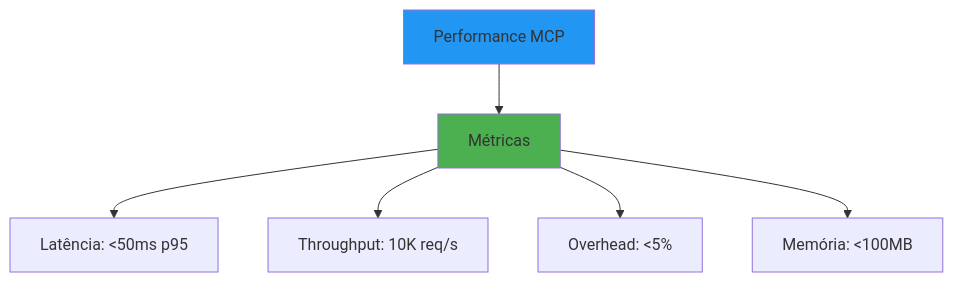
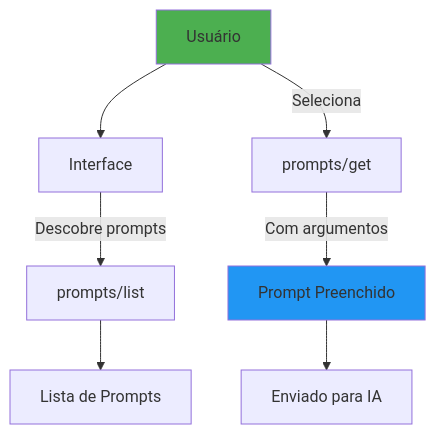
The eighth of 28 diagrams in AI/Comunicação/MCP/00-mcp-presentation-zero to hero.md (felipepimentel/my-public-notes), drawn with Mermaid before and after one commit. The commit also changed other lines of this file, not shown here.

````diff
--- a/AI/Comunicação/MCP/00-mcp-presentation-zero to hero.md
+++ b/AI/Comunicação/MCP/00-mcp-presentation-zero to hero.md
@@ -224,12 +253,13 @@
 ```mermaid
 graph TD
-    PERF[Performance MCP] --> MET[Métricas]
+    USER[Usuário] --> UI[Interface]
+    UI --> |"Descobre prompts"| LIST[prompts/list]
+    LIST --> PROMPTS[Lista de Prompts]
     
-    MET --> M1[Latência: <50ms p95]
-    MET --> M2[Throughput: 10K req/s]
-    MET --> M3[Overhead: <5%]
-    MET --> M4[Memória: <100MB]
+    USER --> |"Seleciona"| GET[prompts/get]
+    GET --> |"Com argumentos"| FILLED[Prompt Preenchido]
+    FILLED --> LLM[Enviado para IA]
     
-    style PERF fill:#2196F3
-    style MET fill:#4CAF50
+    style USER fill:#4CAF50
+    style FILLED fill:#2196F3
 ```
````
